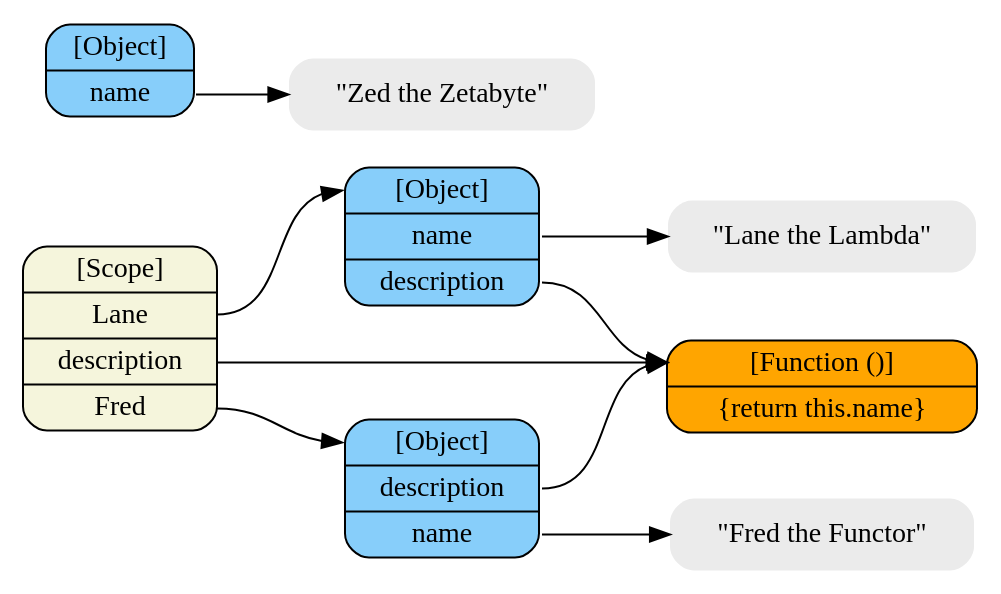
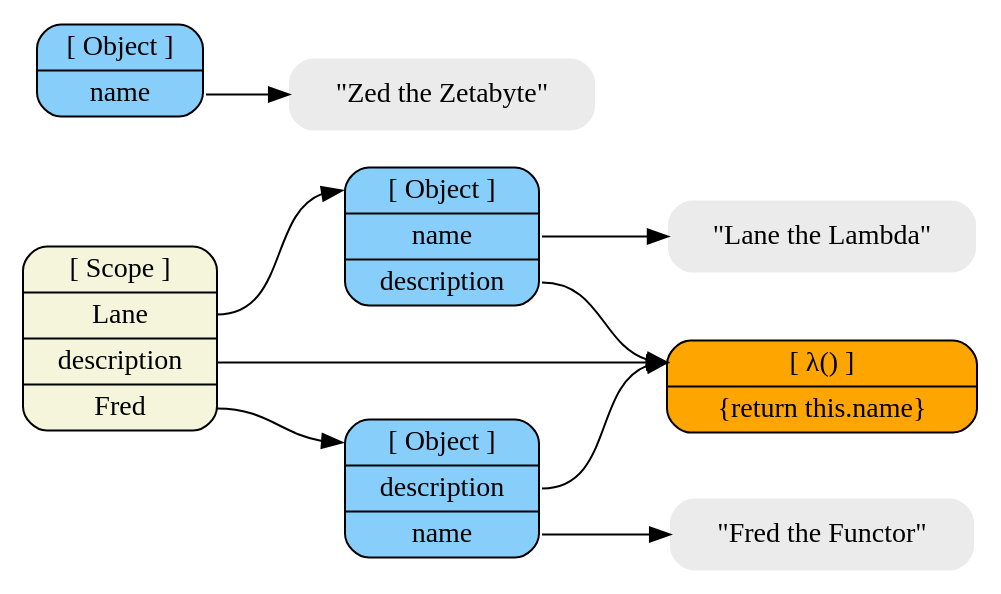
Before and after one commit to creationix/howtonode.org: the diagram in articles/object-graphs/functions.dot, drawn with Graphviz. The commit also changed 5 other files, not shown here.

First line of the commit message:
Update the diagrams a little more.

```diff
--- a/articles/object-graphs/functions.dot
+++ b/articles/object-graphs/functions.dot
@@ -1,35 +1,35 @@
 digraph finite_state_machine {
 	size="8,5"
 	rankdir = "LR"
 
   /* Execution Contexts */
   node [shape=Mrecord, fillcolor=beige, style=filled];
-  top [label="<__proto__>[Scope]|<Lane>Lane|<description>description|<Fred>Fred"];
+  top [label="<__proto__>[ Scope ]|<Lane>Lane|<description>description|<Fred>Fred"];
 
   /* Normal Objects */
   node [shape = Mrecord, fillcolor=lightskyblue, style=filled];
-  ob_Lane [label = "<__proto__>[Object]|<name>name|<description>description"];
-  ob_Fred [label = "<__proto__>[Object]|<description>description|<name>name"];
-  ob_1 [label = "<__proto__>[Object]|<name>name"];
+  ob_Lane [label = "<__proto__>[ Object ]|<name>name|<description>description"];
+  ob_Fred [label = "<__proto__>[ Object ]|<description>description|<name>name"];
+  ob_1 [label = "<__proto__>[ Object ]|<name>name"];
 
   /* Function Objects */
   node [shape = Mrecord, fillcolor=orange, style=filled];
-  fn1 [label="<__proto__>[Function ()]|\{return this.name\}"];
+  fn1 [label="<__proto__>[ λ() ]|\{return this.name\}"];
 
   /* Literals */
   node [shape = plaintext, fillcolor=gray92, style="filled,rounded"];
   name [label="\"Lane the Lambda\""]
   name2 [label="\"Fred the Functor\""]
   name3 [label="\"Zed the Zetabyte\""]
 
   /* References */
   top:Lane -> ob_Lane:__proto__;
   top:Fred -> ob_Fred:__proto__;
   ob_Lane:name -> name;
   ob_Lane:description -> fn1:__proto__;
   ob_Fred:name -> name2;
   ob_Fred:description -> fn1:__proto__;
   ob_1:name -> name3;
   top:description -> fn1:__proto__;
 
 }
```
